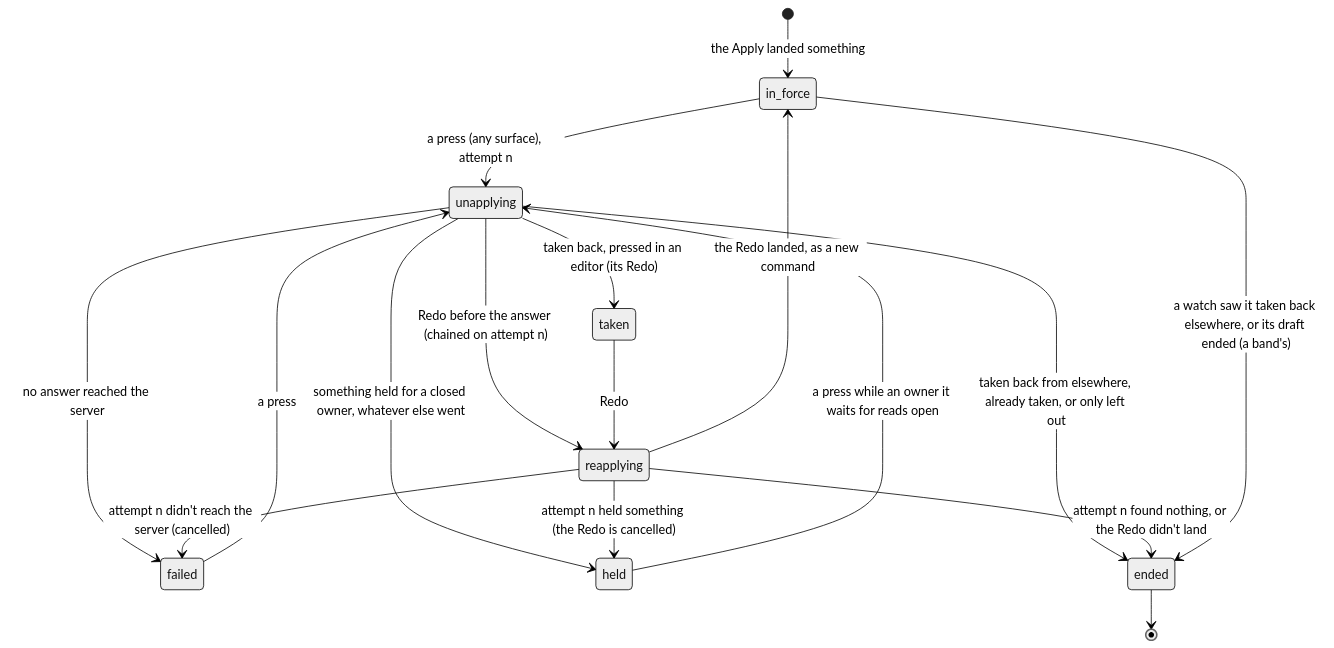
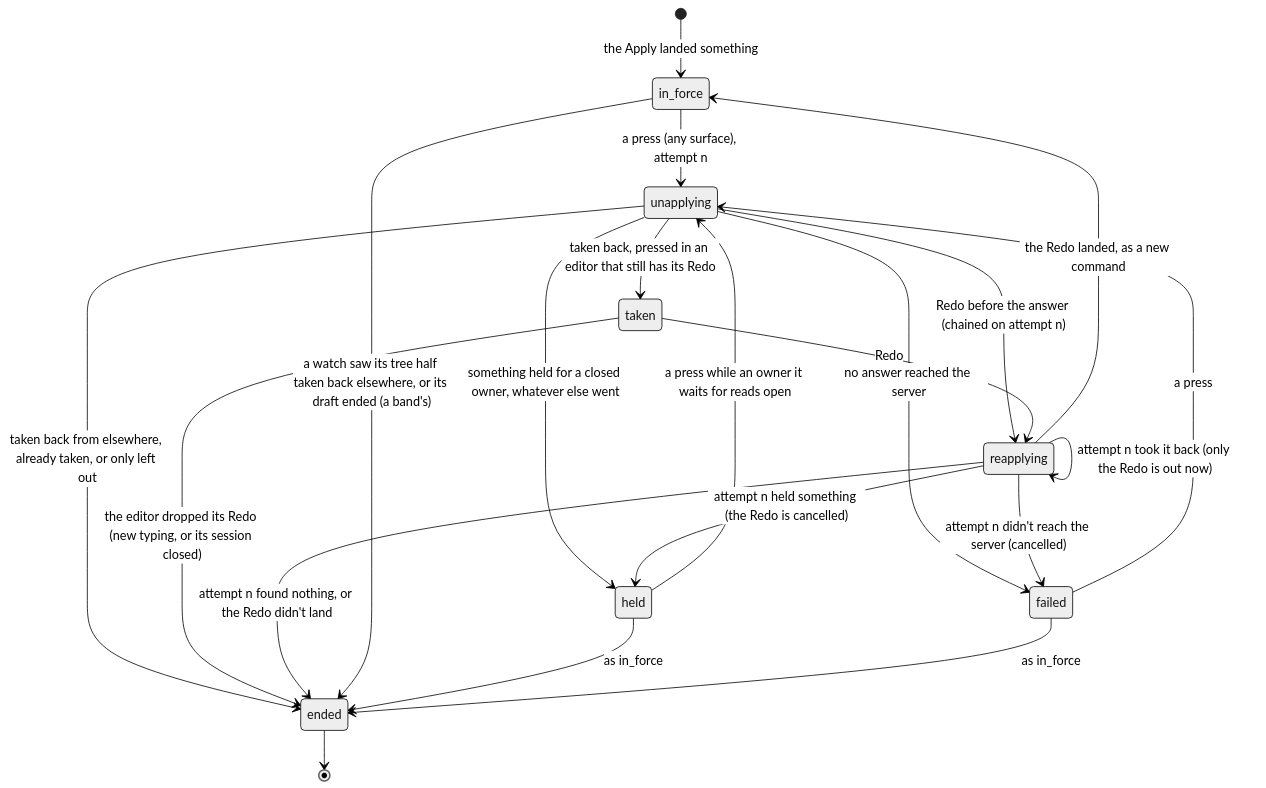
Before and after one commit to haowjy/meridian-flow: the second of 3 diagrams in apps/app/src/features/draft-review/.context/state-machines.md, drawn with Mermaid (neutral theme). The commit also changed other lines of this file and 13 other files, not shown here.

````diff
--- a/apps/app/src/features/draft-review/.context/state-machines.md
+++ b/apps/app/src/features/draft-review/.context/state-machines.md
@@ -67,19 +69,23 @@
 ```mermaid
 stateDiagram-v2
   [*] --> in_force: the Apply landed something
   in_force --> unapplying: a press (any surface), attempt n
   failed --> unapplying: a press
   held --> unapplying: a press while an owner it waits for reads open
   unapplying --> failed: no answer reached the server
   unapplying --> held: something held for a closed owner, whatever else went
-  unapplying --> taken: taken back, pressed in an editor (its Redo)
+  unapplying --> taken: taken back, pressed in an editor that still has its Redo
   unapplying --> ended: taken back from elsewhere, already taken, or only left out
   unapplying --> reapplying: Redo before the answer (chained on attempt n)
   taken --> reapplying: Redo
+  taken --> ended: the editor dropped its Redo (new typing, or its session closed)
+  reapplying --> reapplying: attempt n took it back (only the Redo is out now)
   reapplying --> in_force: the Redo landed, as a new command
   reapplying --> held: attempt n held something (the Redo is cancelled)
   reapplying --> failed: attempt n didn't reach the server (cancelled)
   reapplying --> ended: attempt n found nothing, or the Redo didn't land
-  in_force --> ended: a watch saw it taken back elsewhere, or its draft ended (a band's)
+  in_force --> ended: a watch saw its tree half taken back elsewhere, or its draft ended (a band's)
+  held --> ended: as in_force
+  failed --> ended: as in_force
   ended --> [*]
 ```
````
